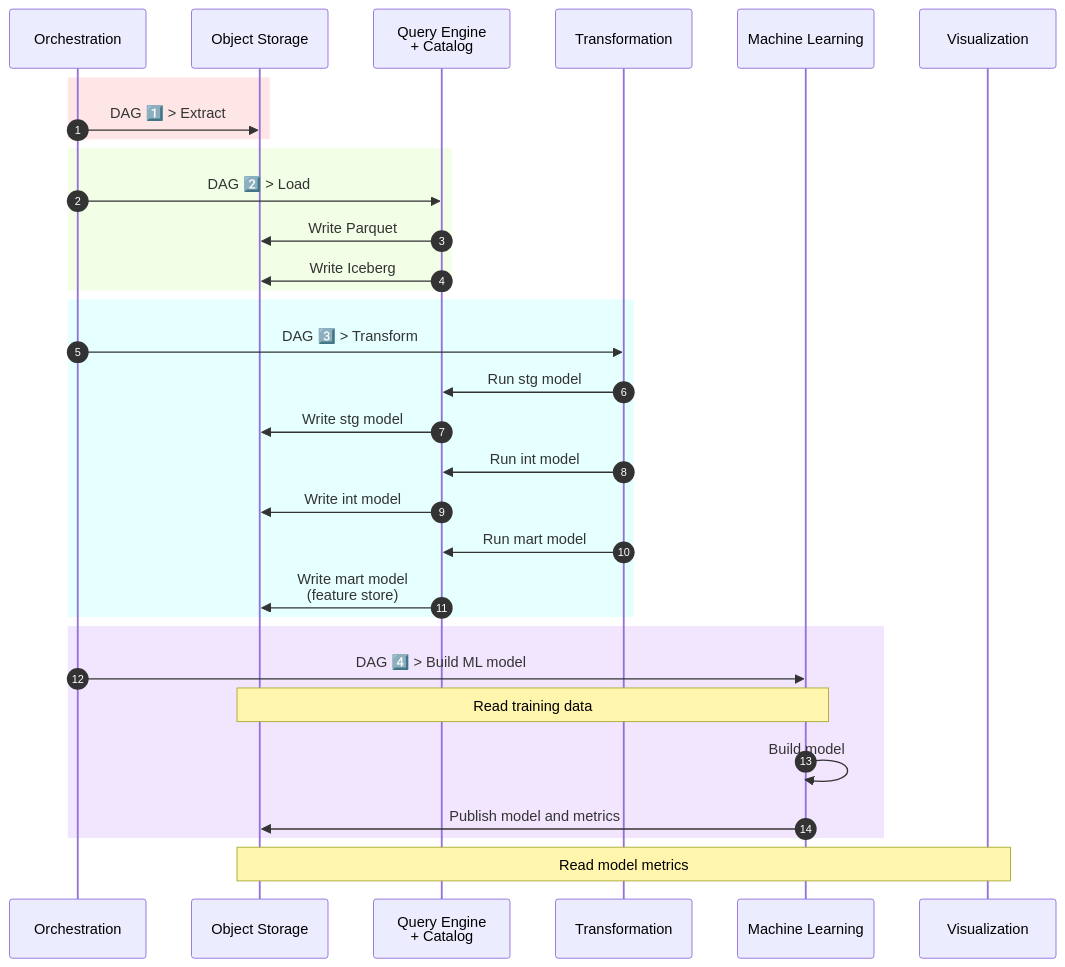
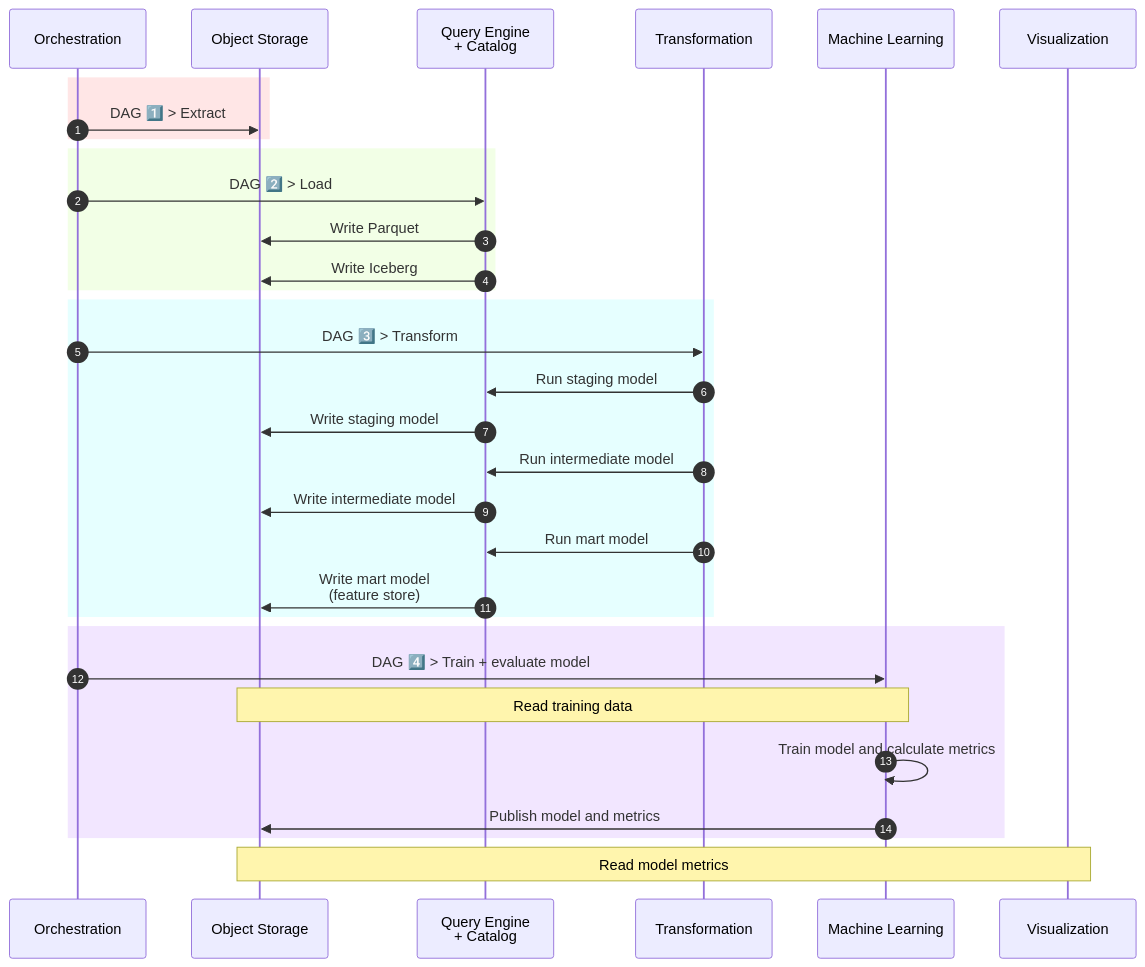
Before and after one commit to Rez99/data-engineering-portfolio: the first of 2 diagrams in project-1-lakehouse/README.md, drawn with Mermaid. The commit also changed other lines of this file, not shown here.

Commit message:
Refactor README.md for clarity and consistency in project description and architecture details

````diff
--- a/project-1-lakehouse/README.md
+++ b/project-1-lakehouse/README.md
@@ -44,42 +41,42 @@
 ```mermaid
 sequenceDiagram
     autonumber
 
     participant Orchestration
     participant ObjectStorage as Object Storage
     participant QueryEngine as Query Engine<br/>+ Catalog
     participant Transformation
     participant ML as Machine Learning
     participant Visualization
 
     rect rgb(255, 230, 230)
         Orchestration->>ObjectStorage: DAG 1️⃣ > Extract
     end
 
     rect rgb(242, 255, 230)
         Orchestration->>QueryEngine: DAG 2️⃣ > Load
         QueryEngine->>ObjectStorage: Write Parquet
         QueryEngine->>ObjectStorage: Write Iceberg
     end
 
     rect rgb(230, 255, 255)
         Orchestration->>Transformation: DAG 3️⃣ > Transform
-        Transformation->>QueryEngine: Run stg model
-        QueryEngine->>ObjectStorage: Write stg model
+        Transformation->>QueryEngine: Run staging model
+        QueryEngine->>ObjectStorage: Write staging model
 
-        Transformation->>QueryEngine: Run int model
-        QueryEngine->>ObjectStorage: Write int model
+        Transformation->>QueryEngine: Run intermediate model
+        QueryEngine->>ObjectStorage: Write intermediate model
 
         Transformation->>QueryEngine: Run mart model
         QueryEngine->>ObjectStorage: Write mart model<br/>(feature store)
     end
 
     rect rgb(242, 230, 255)
-        Orchestration->>ML: DAG 4️⃣ > Build ML model
+        Orchestration->>ML: DAG 4️⃣ > Train + evaluate model
         Note over ObjectStorage,ML: Read training data
-        ML->>ML: Build model
+        ML->>ML: Train model and calculate metrics
         ML->>ObjectStorage: Publish model and metrics
     end
 
     Note over ObjectStorage,Visualization: Read model metrics
 ```
````
